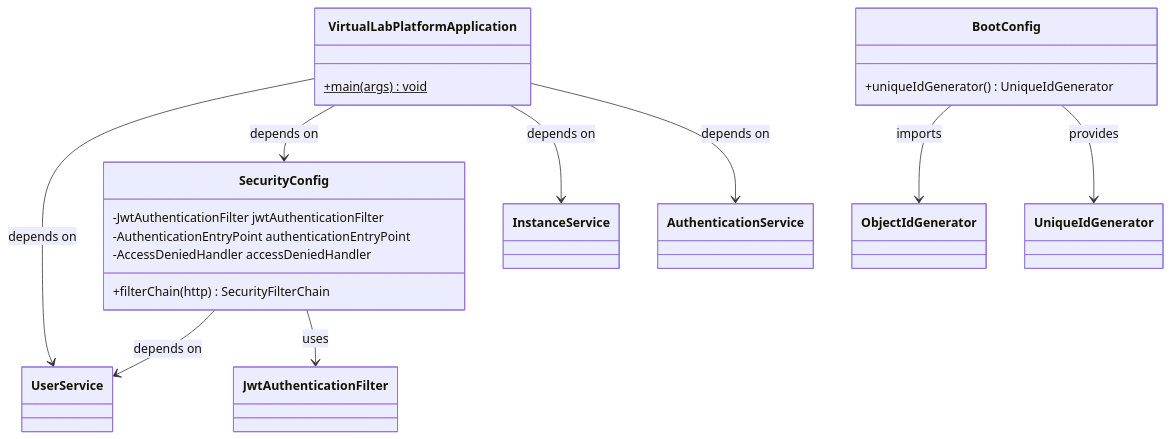
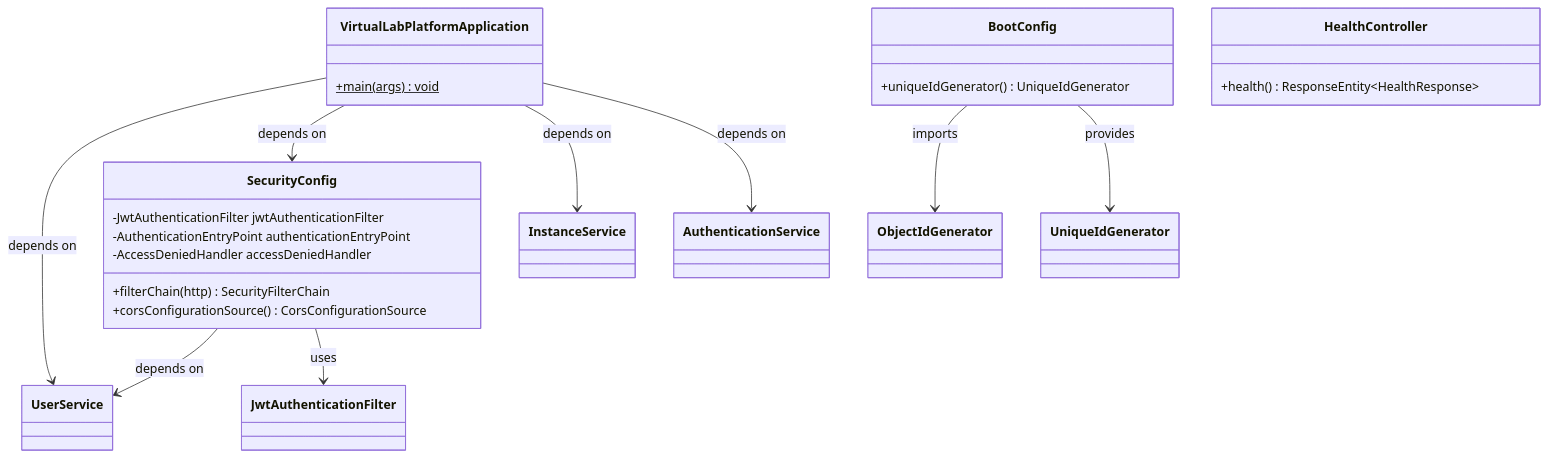
The sixth of 7 diagrams in architecture/ARCHITECTURE.md (Univalle-Gadim-Lab/virtual-lab-platform), drawn with Mermaid before and after one commit. The commit also changed other lines of this file and 3 other files, not shown here.

First line of the commit message:
docs: synchronize architecture documentation with implementation

````diff
--- a/architecture/ARCHITECTURE.md
+++ b/architecture/ARCHITECTURE.md
@@ -796,28 +811,33 @@
 ```mermaid
 classDiagram
     direction TB
 
     class VirtualLabPlatformApplication {
         +main(args) void$
     }
 
     class SecurityConfig {
         -JwtAuthenticationFilter jwtAuthenticationFilter
         -AuthenticationEntryPoint authenticationEntryPoint
         -AccessDeniedHandler accessDeniedHandler
         +filterChain(http) SecurityFilterChain
+        +corsConfigurationSource() CorsConfigurationSource
     }
 
     class BootConfig {
         +uniqueIdGenerator() UniqueIdGenerator
+    }
+
+    class HealthController {
+        +health() ResponseEntity~HealthResponse~
     }
 
     VirtualLabPlatformApplication --> UserService : depends on
     VirtualLabPlatformApplication --> SecurityConfig : depends on
     VirtualLabPlatformApplication --> InstanceService : depends on
     VirtualLabPlatformApplication --> AuthenticationService : depends on
     SecurityConfig --> UserService : depends on
     SecurityConfig --> JwtAuthenticationFilter : uses
     BootConfig --> ObjectIdGenerator : imports
     BootConfig --> UniqueIdGenerator : provides
 ```
````
